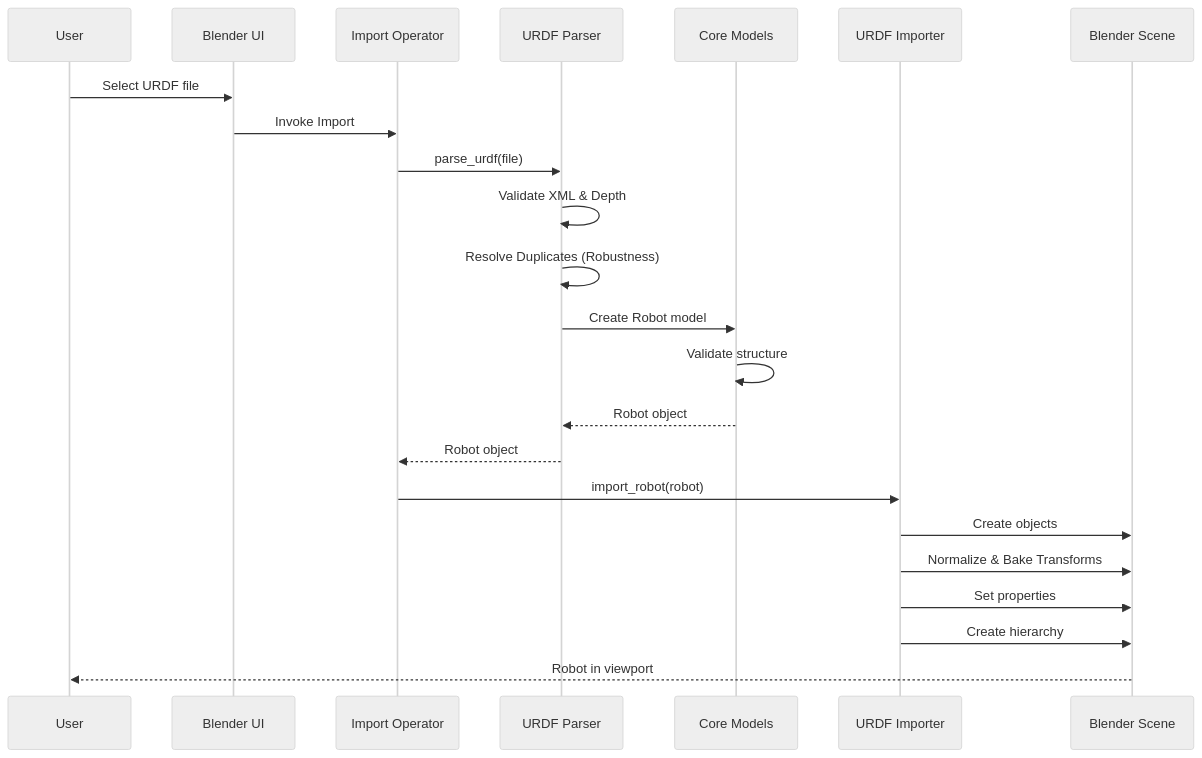
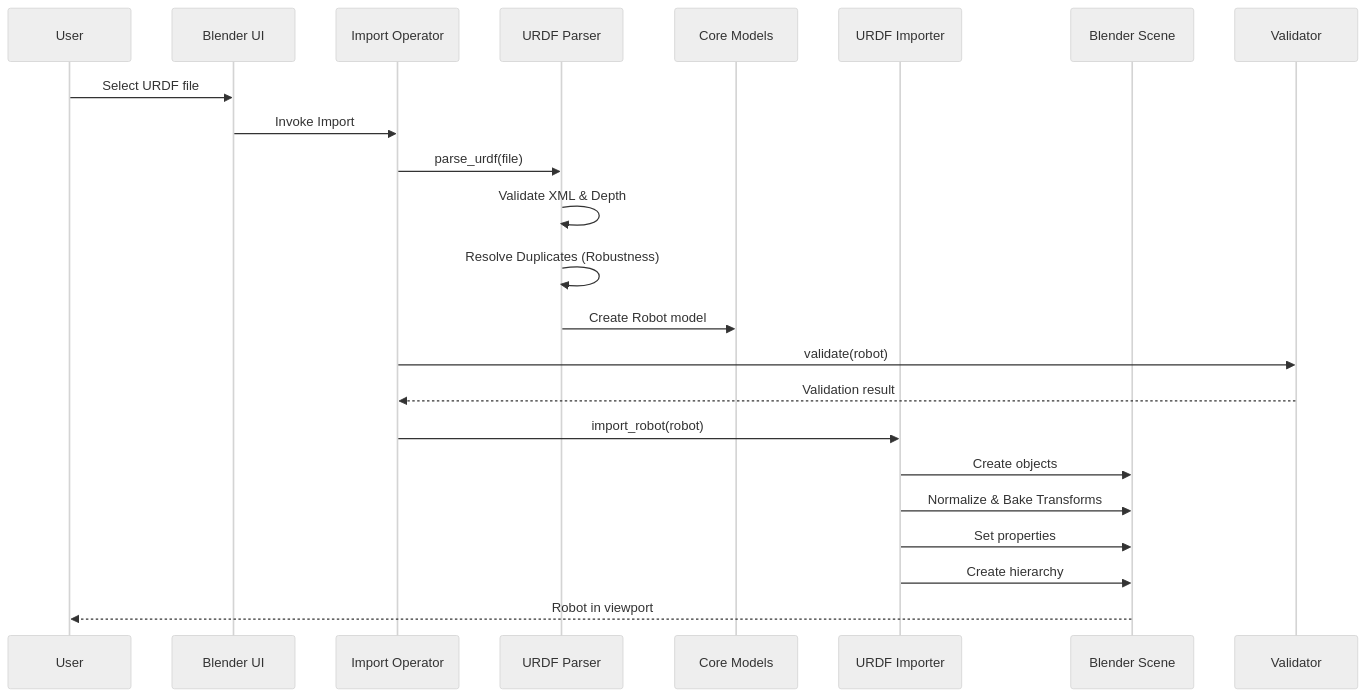
The third of 7 diagrams in ARCHITECTURE.md (julianmueller/linkforge), drawn with Mermaid (neutral theme) before and after one commit. The commit also changed other lines of this file and 45 other files, not shown here.

````diff
--- a/ARCHITECTURE.md
+++ b/ARCHITECTURE.md
@@ -116,26 +116,25 @@
 ```mermaid
 sequenceDiagram
     participant User
     participant UI as Blender UI
     participant Op as Import Operator
     participant Parser as URDF Parser
     participant Models as Core Models
     participant Importer as URDF Importer
     participant Blender as Blender Scene
 
     User->>UI: Select URDF file
     UI->>Op: Invoke Import
     Op->>Parser: parse_urdf(file)
     Parser->>Parser: Validate XML & Depth
     Parser->>Parser: Resolve Duplicates (Robustness)
     Parser->>Models: Create Robot model
-    Models->>Models: Validate structure
-    Models-->>Parser: Robot object
-    Parser-->>Op: Robot object
+    Op->>Validator: validate(robot)
+    Validator-->>Op: Validation result
     Op->>Importer: import_robot(robot)
     Importer->>Blender: Create objects
     Importer->>Blender: Normalize & Bake Transforms
     Importer->>Blender: Set properties
     Importer->>Blender: Create hierarchy
     Blender-->>User: Robot in viewport
 ```
````
